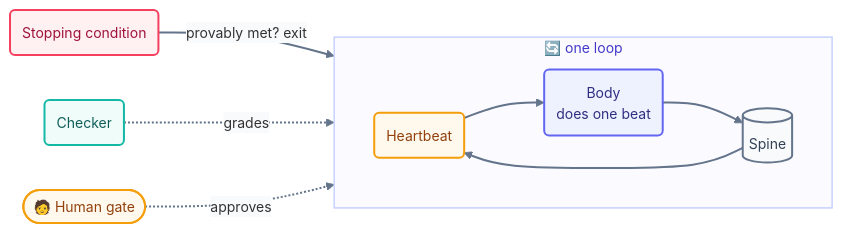
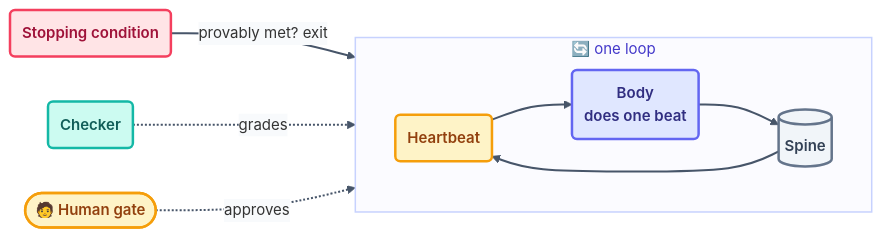
The diagram in docs/03-part-1-the-shift/03-anatomy-of-a-loop.md (ayeshakhalid192007-dev/LoopEngineering-CrashCourse), drawn with Mermaid before and after one commit. The commit also changed 66 other files, not shown here.

First line of the commit message:
docs(diagrams): visibly bolder pass — deeper fills, heavier strokes, semibold labels

````diff
--- a/docs/03-part-1-the-shift/03-anatomy-of-a-loop.md
+++ b/docs/03-part-1-the-shift/03-anatomy-of-a-loop.md
@@ -35,20 +35,20 @@
 ```mermaid
-%%{init: {'theme':'base','themeVariables':{'fontFamily':'ui-sans-serif, system-ui, sans-serif','fontSize':'14px','lineColor':'#64748b','edgeLabelBackground':'#f8fafc'},'flowchart':{'curve':'basis','nodeSpacing':45,'rankSpacing':55,'padding':12}}}%%
+%%{init: {'theme':'base','themeVariables':{'fontFamily':'ui-sans-serif, system-ui, sans-serif','fontSize':'15px','lineColor':'#475569','edgeLabelBackground':'#f8fafc'},'flowchart':{'curve':'basis','nodeSpacing':45,'rankSpacing':55,'padding':12}}}%%
 flowchart LR
     subgraph LOOP ["🔄 one loop"]
       direction LR
       HB("Heartbeat"):::time --> B("Body<br/>does one beat"):::beat
       B --> SP[("Spine")]:::file --> HB
     end
     STOPC("Stopping condition"):::limit -->|"provably met? exit"| HB
     CK("Checker"):::check -.->|grades| B
     H(["🧑 Human gate"]):::human -.->|approves| LOOP
-    linkStyle default stroke:#64748b,stroke-width:2px;
-    classDef time fill:#fef9ec,stroke:#f59e0b,stroke-width:2px,color:#92400e;
-    classDef beat fill:#eef2ff,stroke:#6366f1,stroke-width:2px,color:#312e81;
-    classDef file fill:#f8fafc,stroke:#64748b,stroke-width:2px,color:#334155;
-    classDef limit fill:#fff1f2,stroke:#f43f5e,stroke-width:2px,color:#9f1239;
-    classDef check fill:#effcf9,stroke:#14b8a6,stroke-width:2px,color:#115e59;
-    classDef human fill:#fef9ec,stroke:#f59e0b,stroke-width:2px,color:#92400e;
+    linkStyle default stroke:#475569,stroke-width:2px;
+    classDef time fill:#fef3c7,stroke:#f59e0b,stroke-width:2.5px,color:#92400e,font-weight:600;
+    classDef beat fill:#e0e7ff,stroke:#6366f1,stroke-width:2.5px,color:#312e81,font-weight:600;
+    classDef file fill:#f1f5f9,stroke:#64748b,stroke-width:2.5px,color:#334155,font-weight:600;
+    classDef limit fill:#ffe4e6,stroke:#f43f5e,stroke-width:2.5px,color:#9f1239,font-weight:600;
+    classDef check fill:#ccfbf1,stroke:#14b8a6,stroke-width:2.5px,color:#115e59,font-weight:600;
+    classDef human fill:#fef3c7,stroke:#f59e0b,stroke-width:2.5px,color:#92400e,font-weight:600;
     style LOOP fill:#fbfbff,stroke:#c7d2fe,stroke-width:1.5px,color:#4338ca;
 ```
````
